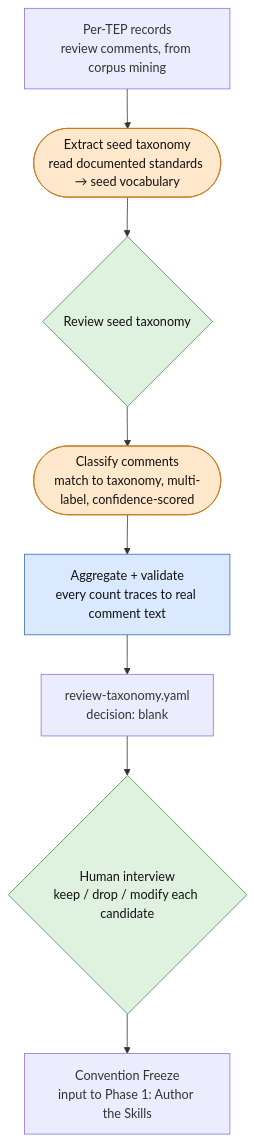
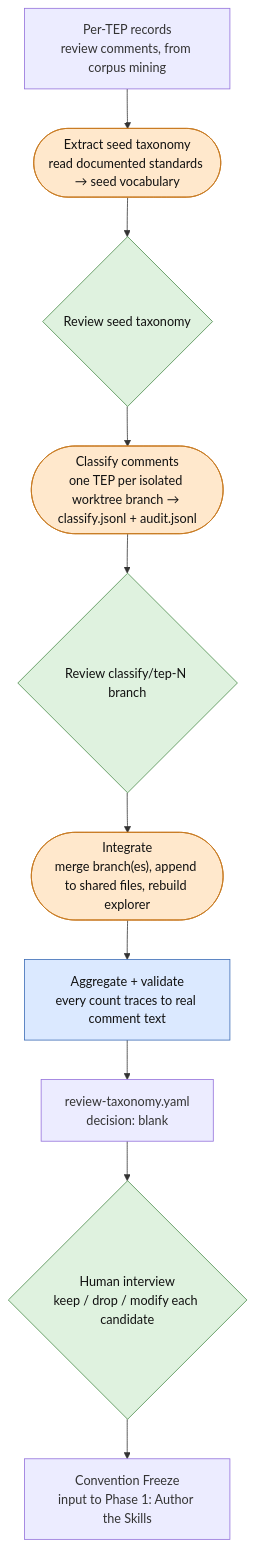
The second of 2 diagrams in data-collection-plan.md (afrittoli/tep-mining), drawn with Mermaid before and after one commit. The commit also changed other lines of this file and 10 other files, not shown here.

````diff
--- a/data-collection-plan.md
+++ b/data-collection-plan.md
@@ -672,17 +695,19 @@
 ```mermaid
 flowchart TD
     classDef scriptNode fill:#dbe9ff,stroke:#3b6bb5,color:#111
     classDef aiNode fill:#ffe8cc,stroke:#c8791f,color:#111
     classDef humanNode fill:#dff2df,stroke:#4c8c4c,color:#111
 
     start["Per-TEP records<br/>review comments, from corpus mining"]
     seed(["Extract seed taxonomy<br/>read documented standards → seed vocabulary"]):::aiNode
     reviewseed{"Review seed taxonomy"}:::humanNode
-    classify(["Classify comments<br/>match to taxonomy, multi-label, confidence-scored"]):::aiNode
+    classify(["Classify comments<br/>one TEP per isolated worktree branch → classify.jsonl + audit.jsonl"]):::aiNode
+    reviewbranch{"Review classify/tep-N branch"}:::humanNode
+    integrate(["Integrate<br/>merge branch(es), append to shared files, rebuild explorer"]):::aiNode
     validate["Aggregate + validate<br/>every count traces to real comment text"]:::scriptNode
     out["review-taxonomy.yaml<br/>decision: blank"]
     interview{"Human interview<br/>keep / drop / modify each candidate"}:::humanNode
     freeze["Convention Freeze<br/>input to Phase 1: Author the Skills"]
 
-    start --> seed --> reviewseed --> classify --> validate --> out --> interview --> freeze
+    start --> seed --> reviewseed --> classify --> reviewbranch --> integrate --> validate --> out --> interview --> freeze
 ```
````
